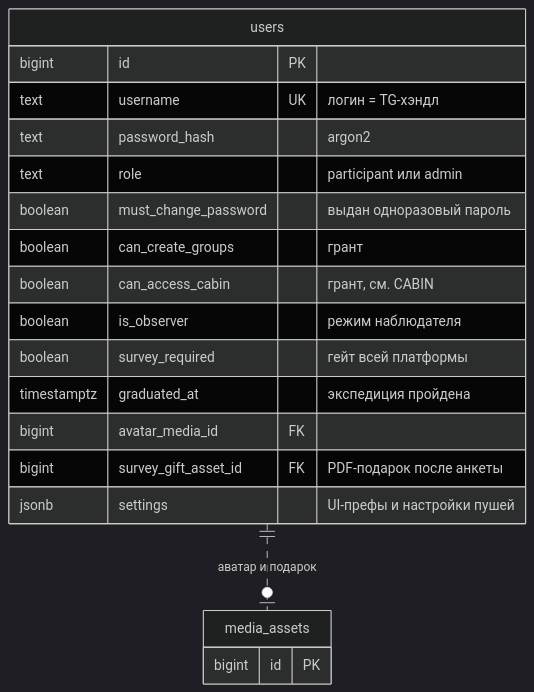
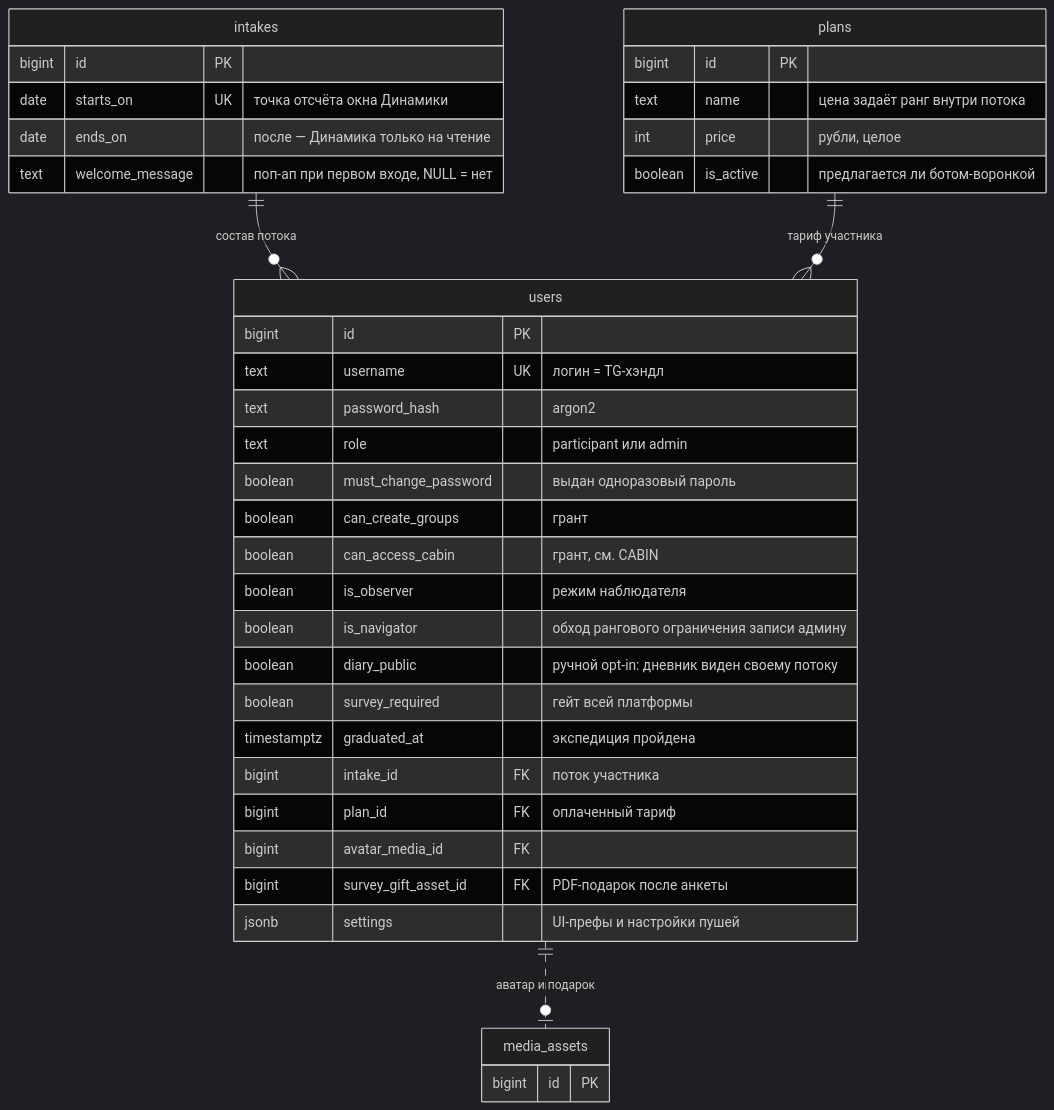
One commit to code-tamer3000/argonautica-platfrorm changed the second of 20 diagrams in docs/ARCHITECTURE.md. Above: the diagram before and after it, drawn with Mermaid (dark theme). The commit also changed other lines of this file, not shown here.

First line of the commit message:
docs: синхронизировать ARCHITECTURE.md с реальностью бэкенда

````diff
--- a/docs/ARCHITECTURE.md
+++ b/docs/ARCHITECTURE.md
@@ -101,22 +140,41 @@
 ```mermaid
 erDiagram
     users {
         bigint id PK
         text username UK "логин = TG-хэндл"
         text password_hash "argon2"
         text role "participant или admin"
         boolean must_change_password "выдан одноразовый пароль"
         boolean can_create_groups "грант"
         boolean can_access_cabin "грант, см. CABIN"
         boolean is_observer "режим наблюдателя"
+        boolean is_navigator "обход рангового ограничения записи админу"
+        boolean diary_public "ручной opt-in: дневник виден своему потоку"
         boolean survey_required "гейт всей платформы"
         timestamptz graduated_at "экспедиция пройдена"
+        bigint intake_id FK "поток участника"
+        bigint plan_id FK "оплаченный тариф"
         bigint avatar_media_id FK
         bigint survey_gift_asset_id FK "PDF-подарок после анкеты"
         jsonb settings "UI-префы и настройки пушей"
     }
+    intakes {
+        bigint id PK
+        date starts_on UK "точка отсчёта окна Динамики"
+        date ends_on "после — Динамика только на чтение"
+        text welcome_message "поп-ап при первом входе, NULL = нет"
+    }
+    plans {
+        bigint id PK
+        text name "цена задаёт ранг внутри потока"
+        int price "рубли, целое"
+        boolean is_active "предлагается ли ботом-воронкой"
+    }
     media_assets {
         bigint id PK
     }
+
+    intakes ||--o{ users : "состав потока"
+    plans ||--o{ users : "тариф участника"
     users ||..o| media_assets : "аватар и подарок"
 ```
````
